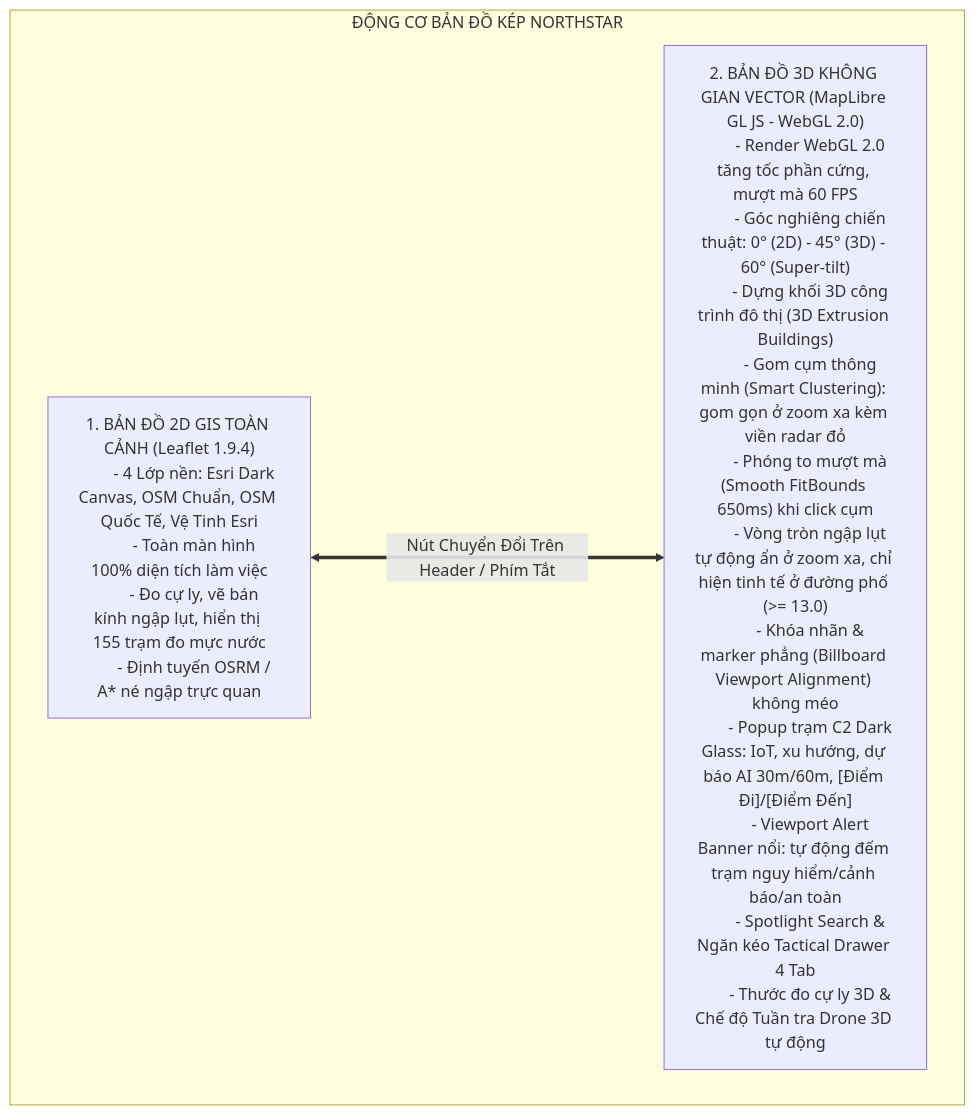
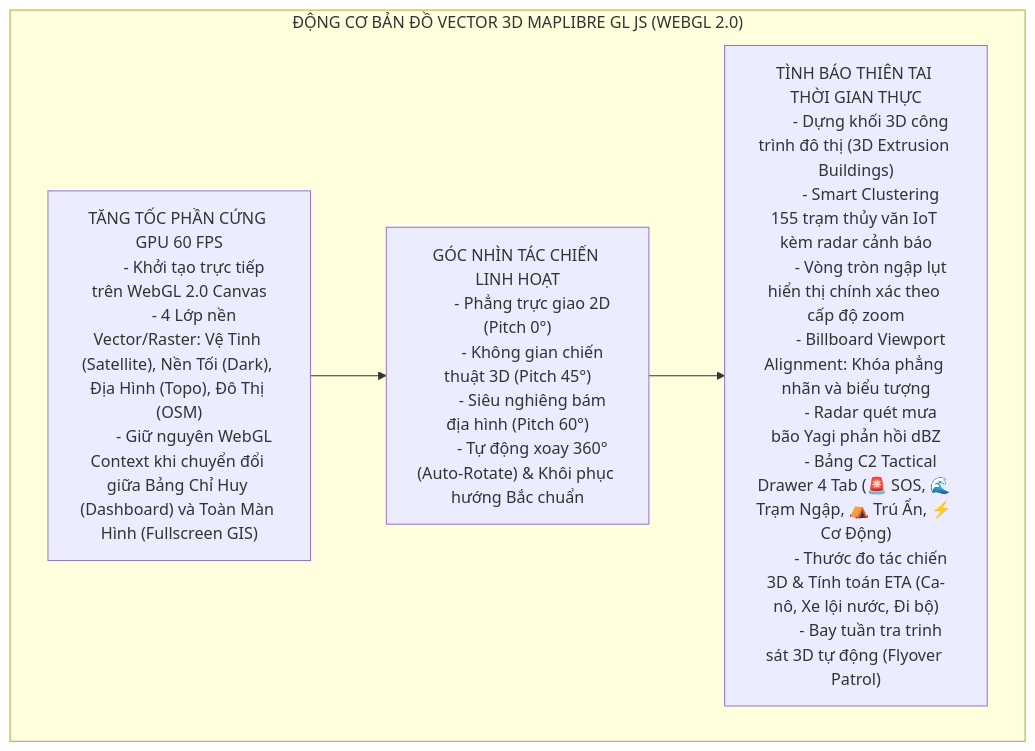
Before and after one commit to GrassTouchers1/GrassTouchers-Frontend: the first of 2 diagrams in README.md, drawn with Mermaid. The commit also changed other lines of this file and 8 other files, not shown here.

Commit message:
feat(gis): completely replace Leaflet with MapLibre GL JS 3D vector engine and fix HUD attribution overlay

````diff
--- a/README.md
+++ b/README.md
@@ -36,24 +36,26 @@
 ```mermaid
 graph TD
-    subgraph DUAL_MAP["ĐỘNG CƠ BẢN ĐỒ KÉP NORTHSTAR"]
-        L2D["1. BẢN ĐỒ 2D GIS TOÀN CẢNH (Leaflet 1.9.4)
-        - 4 Lớp nền: Esri Dark Canvas, OSM Chuẩn, OSM Quốc Tế, Vệ Tinh Esri
-        - Toàn màn hình 100% diện tích làm việc
-        - Đo cự ly, vẽ bán kính ngập lụt, hiển thị 155 trạm đo mực nước
-        - Định tuyến OSRM / A* né ngập trực quan"]
+    subgraph MAPLIBRE_ENGINE["ĐỘNG CƠ BẢN ĐỒ VECTOR 3D MAPLIBRE GL JS (WEBGL 2.0)"]
+        CORE["TĂNG TỐC PHẦN CỨNG GPU 60 FPS
+        - Khởi tạo trực tiếp trên WebGL 2.0 Canvas
+        - 4 Lớp nền Vector/Raster: Vệ Tinh (Satellite), Nền Tối (Dark), Địa Hình (Topo), Đô Thị (OSM)
+        - Giữ nguyên WebGL Context khi chuyển đổi giữa Bảng Chỉ Huy (Dashboard) và Toàn Màn Hình (Fullscreen GIS)"]
 
-        M3D["2. BẢN ĐỒ 3D KHÔNG GIAN VECTOR (MapLibre GL JS - WebGL 2.0)
-        - Render WebGL 2.0 tăng tốc phần cứng, mượt mà 60 FPS
-        - Góc nghiêng chiến thuật: 0° (2D) - 45° (3D) - 60° (Super-tilt)
+        TILT["GÓC NHÌN TÁC CHIẾN LINH HOẠT
+        - Phẳng trực giao 2D (Pitch 0°)
+        - Không gian chiến thuật 3D (Pitch 45°)
+        - Siêu nghiêng bám địa hình (Pitch 60°)
+        - Tự động xoay 360° (Auto-Rotate) & Khôi phục hướng Bắc chuẩn"]
+
+        TACTICAL["TÌNH BÁO THIÊN TAI THỜI GIAN THỰC
         - Dựng khối 3D công trình đô thị (3D Extrusion Buildings)
-        - Gom cụm thông minh (Smart Clustering): gom gọn ở zoom xa kèm viền radar đỏ
-        - Phóng to mượt mà (Smooth FitBounds 650ms) khi click cụm
-        - Vòng tròn ngập lụt tự động ẩn ở zoom xa, chỉ hiện tinh tế ở đường phố (>= 13.0)
-        - Khóa nhãn & marker phẳng (Billboard Viewport Alignment) không méo
-        - Popup trạm C2 Dark Glass: IoT, xu hướng, dự báo AI 30m/60m, [Điểm Đi]/[Điểm Đến]
-        - Viewport Alert Banner nổi: tự động đếm trạm nguy hiểm/cảnh báo/an toàn
-        - Spotlight Search & Ngăn kéo Tactical Drawer 4 Tab
-        - Thước đo cự ly 3D & Chế độ Tuần tra Drone 3D tự động"]
+        - Smart Clustering 155 trạm thủy văn IoT kèm radar cảnh báo
+        - Vòng tròn ngập lụt hiển thị chính xác theo cấp độ zoom
+        - Billboard Viewport Alignment: Khóa phẳng nhãn và biểu tượng
+        - Radar quét mưa bão Yagi phản hồi dBZ
+        - Bảng C2 Tactical Drawer 4 Tab (🚨 SOS, 🌊 Trạm Ngập, ⛺ Trú Ẩn, ⚡ Cơ Động)
+        - Thước đo tác chiến 3D & Tính toán ETA (Ca-nô, Xe lội nước, Đi bộ)
+        - Bay tuần tra trinh sát 3D tự động (Flyover Patrol)"]
     end
-    L2D <===>|"Nút Chuyển Đổi Trên Header / Phím Tắt"| M3D
+    CORE --> TILT --> TACTICAL
 ```
````
